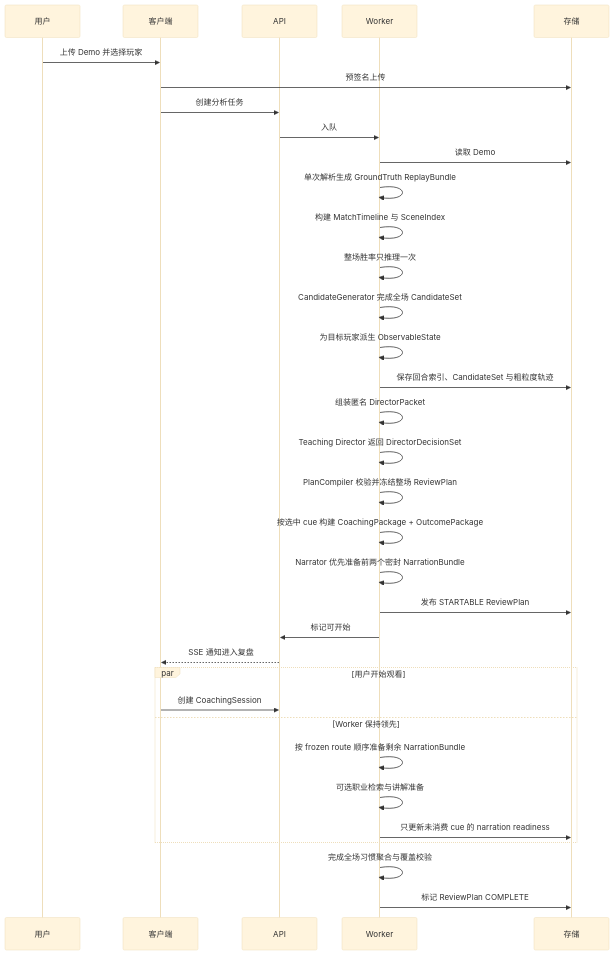
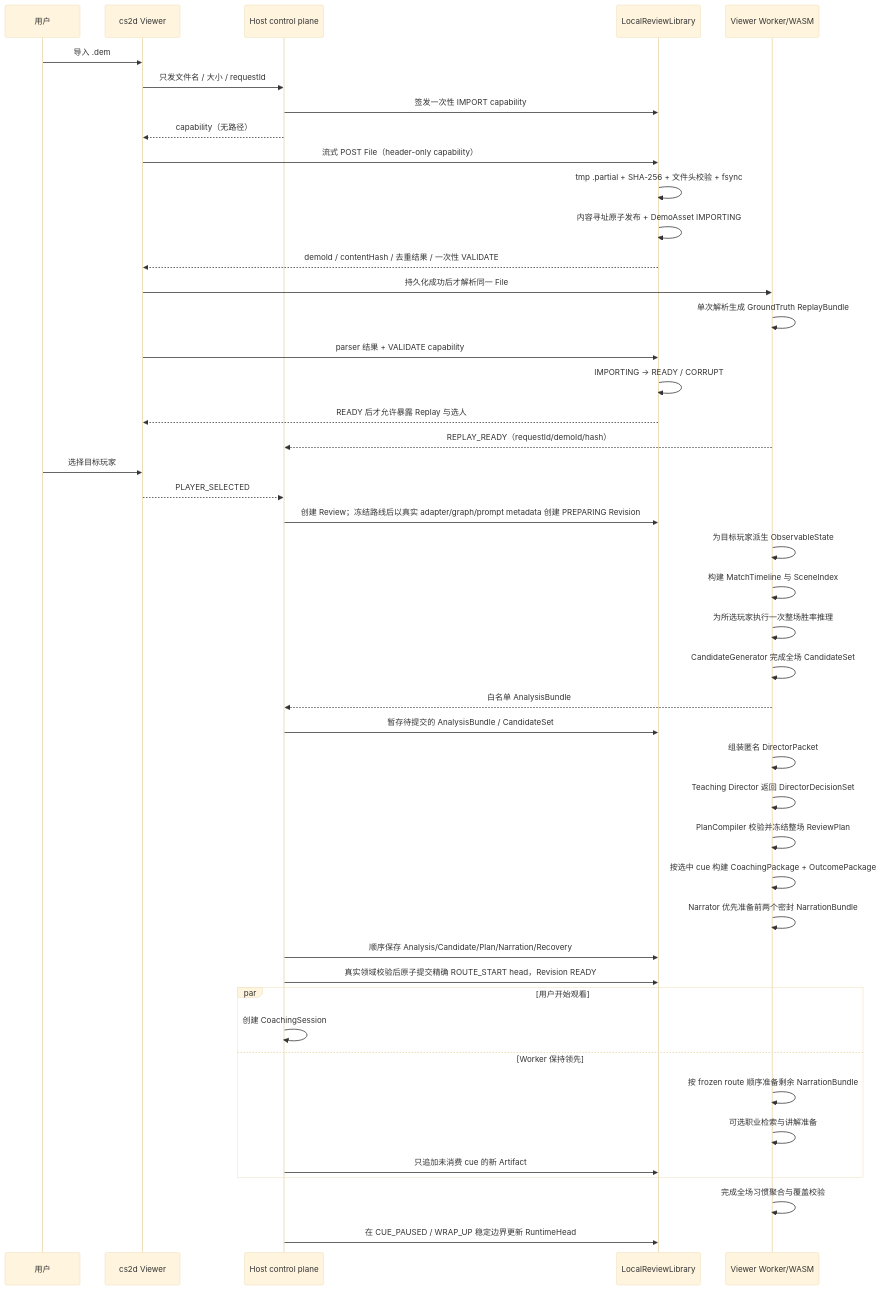
The fourth of 4 diagrams in ARCHITECTURE.md (Vek-John/CS-agent), drawn with Mermaid (base theme) before and after one commit. The commit also changed other lines of this file and 92 other files, not shown here.

Commit message:
feat: add local demo library and review history

````diff
--- a/ARCHITECTURE.md
+++ b/ARCHITECTURE.md
@@ -1134,37 +1153,48 @@
 ```mermaid
 sequenceDiagram
     participant U as 用户
-    participant C as 客户端
-    participant A as API
-    participant W as Worker
-    participant S as 存储
+    participant V as cs2d Viewer
+    participant H as Host control plane
+    participant L as LocalReviewLibrary
+    participant W as Viewer Worker/WASM
 
-    U->>C: 上传 Demo 并选择玩家
-    C->>S: 预签名上传
-    C->>A: 创建分析任务
-    A->>W: 入队
-    W->>S: 读取 Demo
+    U->>V: 导入 .dem
+    V->>H: 只发文件名 / 大小 / requestId
+    H->>L: 签发一次性 IMPORT capability
+    H-->>V: capability（无路径）
+    V->>L: 流式 POST File（header-only capability）
+    L->>L: tmp .partial + SHA-256 + 文件头校验 + fsync
+    L->>L: 内容寻址原子发布 + DemoAsset IMPORTING
+    L-->>V: demoId / contentHash / 去重结果 / 一次性 VALIDATE
+    V->>W: 持久化成功后才解析同一 File
     W->>W: 单次解析生成 GroundTruth ReplayBundle
+    V->>L: parser 结果 + VALIDATE capability
+    L->>L: IMPORTING → READY / CORRUPT
+    L-->>V: READY 后才允许暴露 Replay 与选人
+    W-->>H: REPLAY_READY（requestId/demoId/hash）
+    U->>V: 选择目标玩家
+    V-->>H: PLAYER_SELECTED
+    H->>L: 创建 Review；冻结路线后以真实 adapter/graph/prompt metadata 创建 PREPARING Revision
+    W->>W: 为目标玩家派生 ObservableState
     W->>W: 构建 MatchTimeline 与 SceneIndex
-    W->>W: 整场胜率只推理一次
+    W->>W: 为所选玩家执行一次整场胜率推理
     W->>W: CandidateGenerator 完成全场 CandidateSet
-    W->>W: 为目标玩家派生 ObservableState
-    W->>S: 保存回合索引、CandidateSet 与粗粒度轨迹
+    W-->>H: 白名单 AnalysisBundle
+    H->>L: 暂存待提交的 AnalysisBundle / CandidateSet
     W->>W: 组装匿名 DirectorPacket
     W->>W: Teaching Director 返回 DirectorDecisionSet
     W->>W: PlanCompiler 校验并冻结整场 ReviewPlan
     W->>W: 按选中 cue 构建 CoachingPackage + OutcomePackage
     W->>W: Narrator 优先准备前两个密封 NarrationBundle
-    W->>S: 发布 STARTABLE ReviewPlan
-    W->>A: 标记可开始
-    A-->>C: SSE 通知进入复盘
+    H->>L: 顺序保存 Analysis/Candidate/Plan/Narration/Recovery
+    H->>L: 真实领域校验后原子提交精确 ROUTE_START head，Revision READY
     par 用户开始观看
-        C->>A: 创建 CoachingSession
+        H->>H: 创建 CoachingSession
     and Worker 保持领先
         W->>W: 按 frozen route 顺序准备剩余 NarrationBundle
         W->>W: 可选职业检索与讲解准备
-        W->>S: 只更新未消费 cue 的 narration readiness
+        H->>L: 只追加未消费 cue 的新 Artifact
     end
     W->>W: 完成全场习惯聚合与覆盖校验
-    W->>S: 标记 ReviewPlan COMPLETE
+    H->>L: 在 CUE_PAUSED / WRAP_UP 稳定边界更新 RuntimeHead
 ```
````
